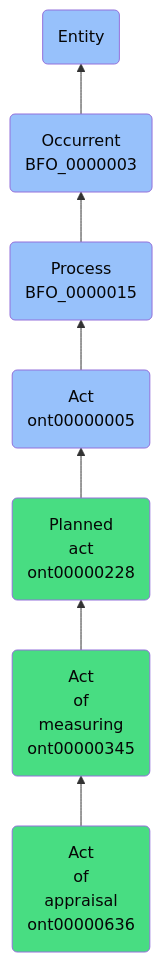
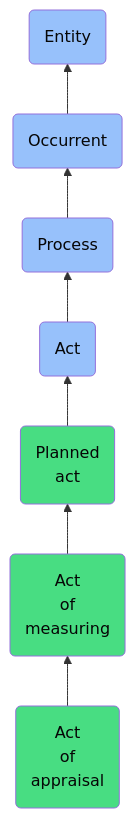
The diagram in docs/ontology/reference/model/Entity/Occurrent/Process/Act/Planned act/Act of measuring/Act of appraisal/Act of appraisal.md (jupyter-naas/abi), drawn with Mermaid before and after one commit. The commit also changed other lines of this file and 1430 other files, not shown here.

````diff
--- a/docs/ontology/reference/model/Entity/Occurrent/Process/Act/Planned act/Act of measuring/Act of appraisal/Act of appraisal.md
+++ b/docs/ontology/reference/model/Entity/Occurrent/Process/Act/Planned act/Act of measuring/Act of appraisal/Act of appraisal.md
@@ -26,14 +26,14 @@
 ```mermaid
 graph BT
-    ont00000636(Act<br>of<br>appraisal<br>ont00000636):::ABI-->ont00000345
-    ont00000345(Act<br>of<br>measuring<br>ont00000345):::ABI-->ont00000228
-    ont00000228(Planned<br>act<br>ont00000228):::ABI-->ont00000005
-    ont00000005(Act<br>ont00000005):::BFO-->BFO_0000015
-    BFO_0000015(Process<br>BFO_0000015):::BFO-->BFO_0000003
-    BFO_0000003(Occurrent<br>BFO_0000003):::BFO-->BFO_0000001
+    ont00000636(Act<br>of<br>appraisal):::ABI-->ont00000345
+    ont00000345(Act<br>of<br>measuring):::ABI-->ont00000228
+    ont00000228(Planned<br>act):::ABI-->ont00000005
+    ont00000005(Act):::BFO-->BFO_0000015
+    BFO_0000015(Process):::BFO-->BFO_0000003
+    BFO_0000003(Occurrent):::BFO-->BFO_0000001
     BFO_0000001(Entity):::BFO
     
     classDef BFO fill:#97c1fb,color:#060606
     classDef CCO fill:#e4c51e,color:#060606
     classDef ABI fill:#48DD82,color:#060606
 ```
````
